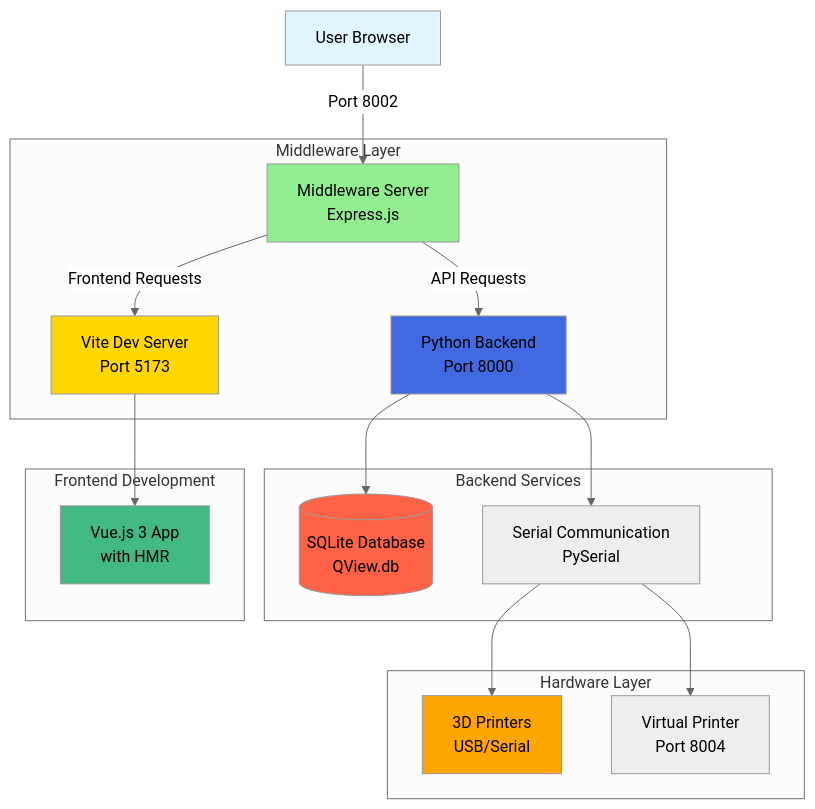
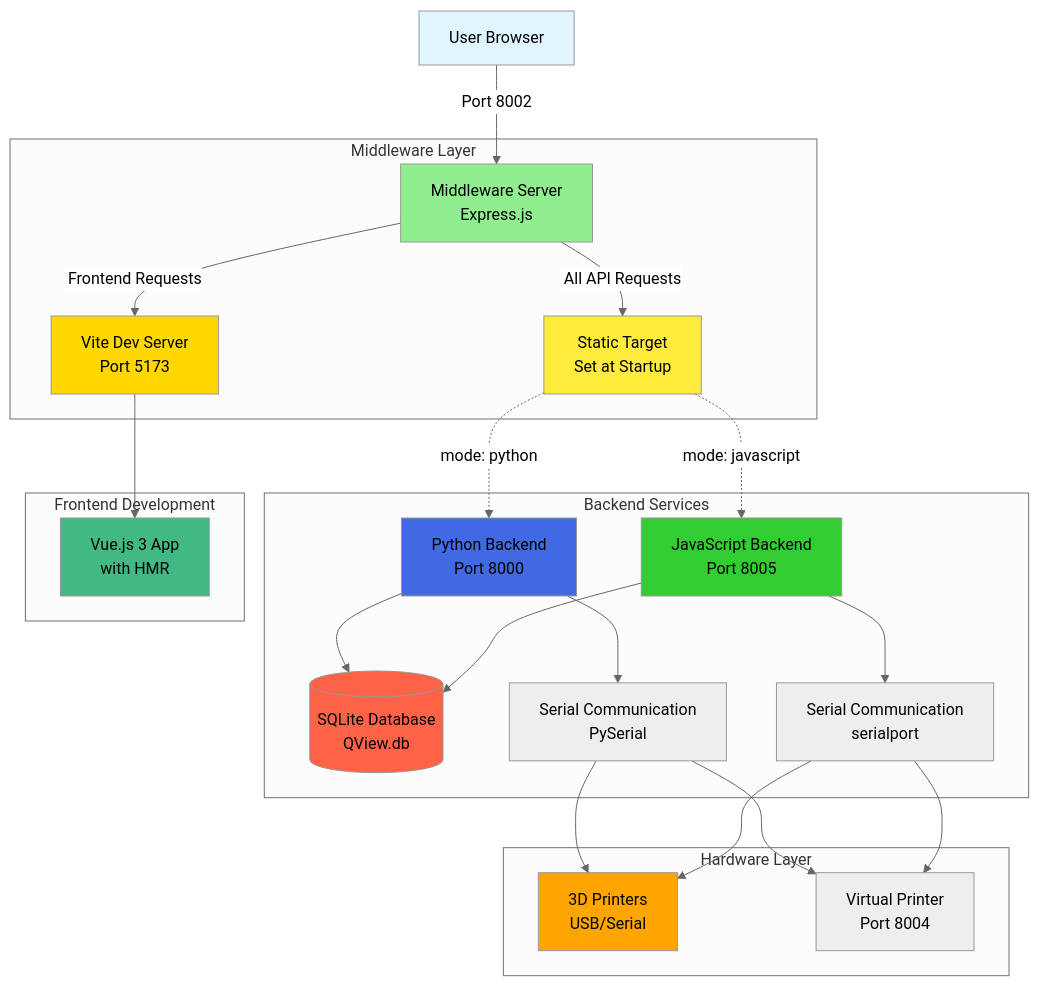
The first of 2 diagrams in README.md (sunyhydralab/QView3D), drawn with Mermaid (neutral theme) before and after one commit. The commit also changed other lines of this file and 4 other files, not shown here.

Commit message:
docs: update documentation to reflect middleware architecture changes

````diff
--- a/README.md
+++ b/README.md
@@ -56,33 +56,40 @@
 ```mermaid
 flowchart TB
     User[User Browser] -->|Port 8002| Middleware
 
     subgraph Middleware Layer
         Middleware[Middleware Server<br/>Express.js]
         Middleware -->|Frontend Requests| Vite[Vite Dev Server<br/>Port 5173]
-        Middleware -->|API Requests| Backend
+        Middleware -->|All API Requests| Target[Static Target<br/>Set at Startup]
     end
 
     subgraph Backend Services
-        Backend[Python Backend<br/>Port 8000]
-        Backend --> DB[(SQLite Database<br/>QView.db)]
-        Backend --> Serial[Serial Communication<br/>PySerial]
+        Target -.->|mode: python| Python[Python Backend<br/>Port 8000]
+        Target -.->|mode: javascript| JS[JavaScript Backend<br/>Port 8005]
+        Python --> DB[(SQLite Database<br/>QView.db)]
+        JS --> DB
+        Python --> Serial[Serial Communication<br/>PySerial]
+        JS --> Serial2[Serial Communication<br/>serialport]
     end
 
     subgraph Hardware Layer
         Serial --> Printers[3D Printers<br/>USB/Serial]
+        Serial2 --> Printers
         Serial --> Emulator[Virtual Printer<br/>Port 8004]
+        Serial2 --> Emulator
     end
 
     subgraph Frontend Development
         Vite --> Vue[Vue.js 3 App<br/>with HMR]
     end
 
     style User fill:#e1f5ff
     style Middleware fill:#90ee90
+    style Target fill:#ffeb3b
     style Vite fill:#ffd700
-    style Backend fill:#4169e1
+    style Python fill:#4169e1
+    style JS fill:#32cd32
     style DB fill:#ff6347
     style Printers fill:#ffa500
     style Vue fill:#42b883
 ```
````
